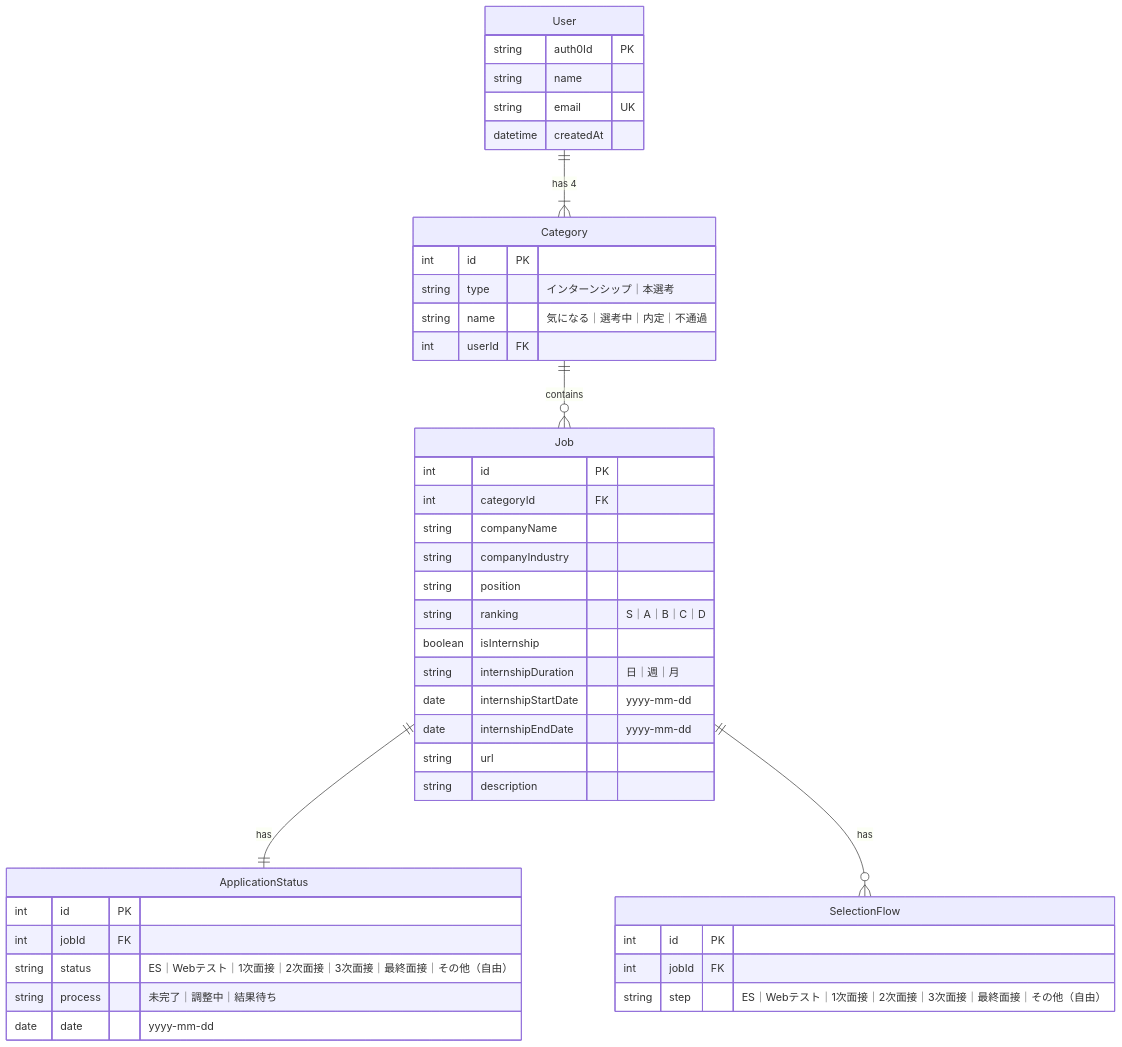
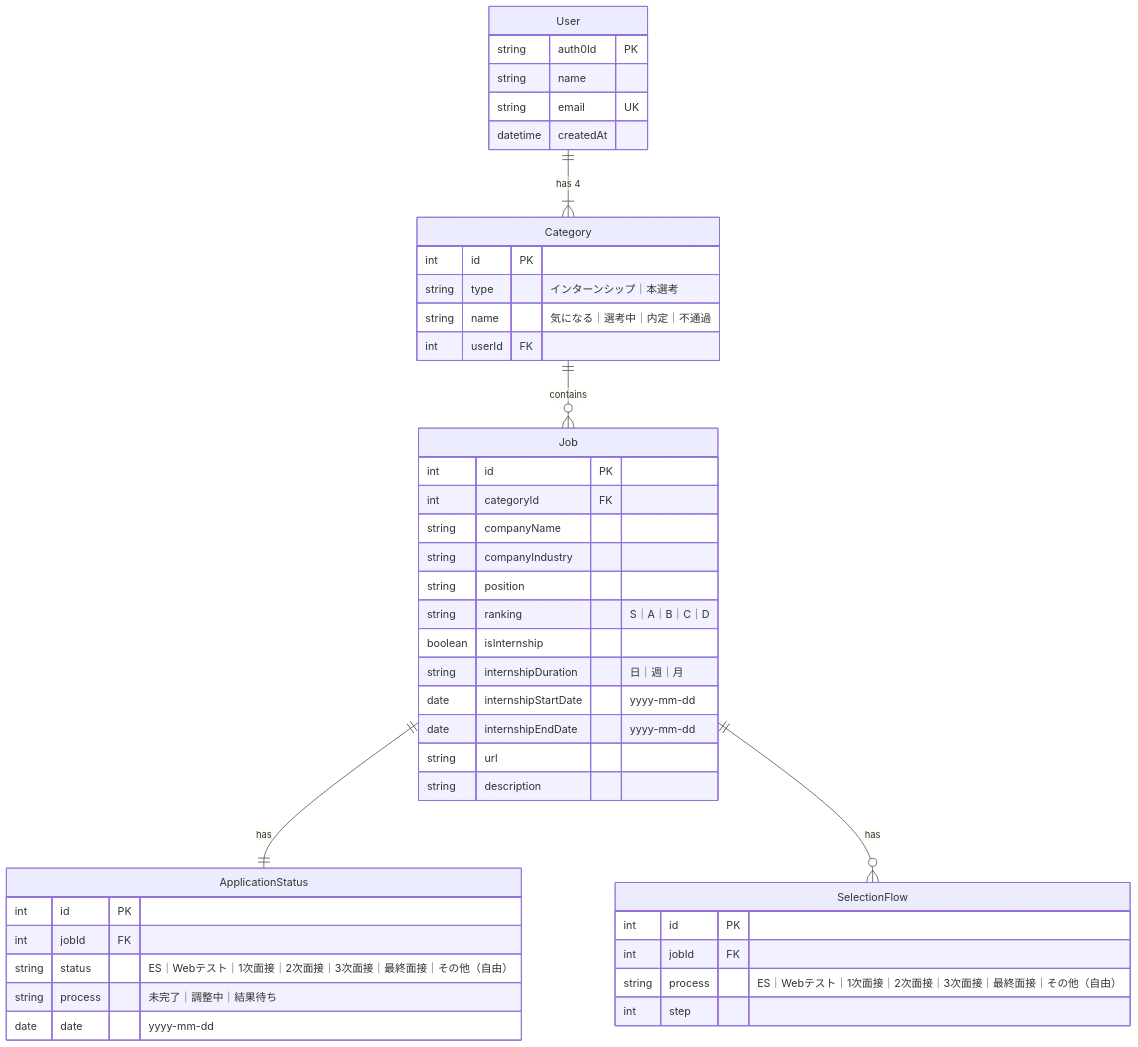
Before and after one commit to chanon-mike/naitei-journey: the diagram in README.md, drawn with Mermaid. The commit also changed other lines of this file and 7 other files, not shown here.

````diff
--- a/README.md
+++ b/README.md
@@ -61,46 +61,47 @@
 ```mermaid
 erDiagram
   User {
     string auth0Id PK
     string name
     string email UK
     datetime createdAt
   }
   Category {
     int id PK
     string type "インターンシップ｜本選考"
     string name "気になる｜選考中｜内定｜不通過"
     int userId FK
   }
   Job {
     int id PK
     int categoryId FK
     string companyName
     string companyIndustry
     string position
     string ranking "S｜A｜B｜C｜D"
     boolean isInternship
     string internshipDuration "日｜週｜月"
     date internshipStartDate "yyyy-mm-dd"
     date internshipEndDate "yyyy-mm-dd"
     string url
     string description
   }
   ApplicationStatus {
     int id PK
     int jobId FK
     string status "ES｜Webテスト｜1次面接｜2次面接｜3次面接｜最終面接｜その他（自由）"
     string process "未完了｜調整中｜結果待ち"
     date date "yyyy-mm-dd"
   }
   SelectionFlow {
     int id PK
     int jobId FK
-    string step "ES｜Webテスト｜1次面接｜2次面接｜3次面接｜最終面接｜その他（自由）"
+    string process "ES｜Webテスト｜1次面接｜2次面接｜3次面接｜最終面接｜その他（自由）"
+    int step
   }
 
   User ||--|{ Category: "has 4"
   Category ||--o{ Job: "contains"
   Job ||--|| ApplicationStatus: "has"
   Job ||--o{ SelectionFlow: "has"
 ```
````
